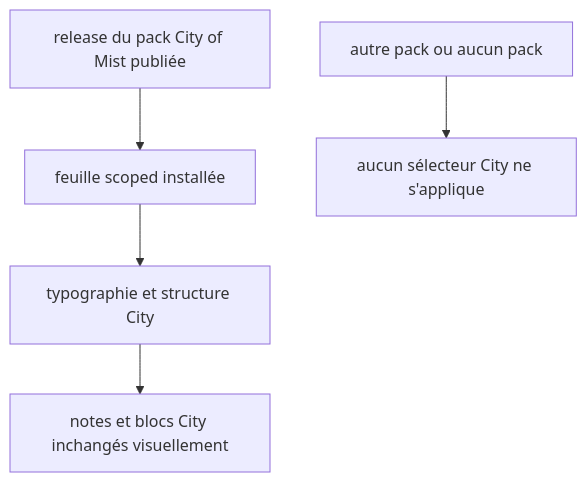
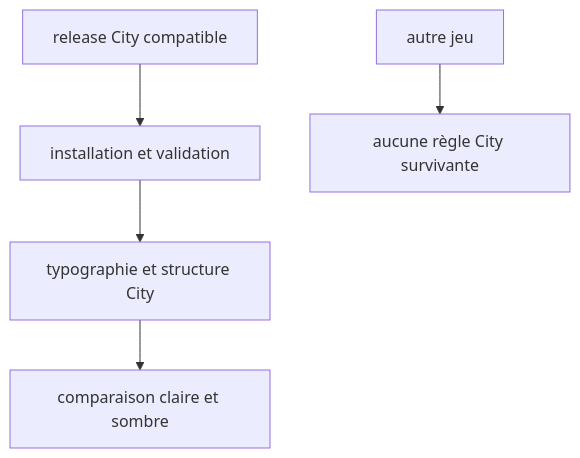
One commit to RebelliousSmile/obsidian-handbook changed the first of 2 diagrams in aidd_docs/tasks/2026_09/2026_09_15_pack-stylesheet-resources/phase-3.md. Above: the diagram before and after it, drawn with Mermaid. The commit also changed other lines of this file and 7 other files, not shown here.

````diff
--- a/aidd_docs/tasks/2026_09/2026_09_15_pack-stylesheet-resources/phase-3.md
+++ b/aidd_docs/tasks/2026_09/2026_09_15_pack-stylesheet-resources/phase-3.md
@@ -26,7 +23,7 @@
 ```mermaid
 flowchart TD
-  A[release du pack City of Mist publiée] --> B[feuille scoped installée]
+  A[release City compatible] --> B[installation et validation]
   B --> C[typographie et structure City]
-  C --> D[notes et blocs City inchangés visuellement]
-  E[autre pack ou aucun pack] --> F[aucun sélecteur City ne s'applique]
+  C --> D[comparaison claire et sombre]
+  E[autre jeu] --> F[aucune règle City survivante]
 ```
````
